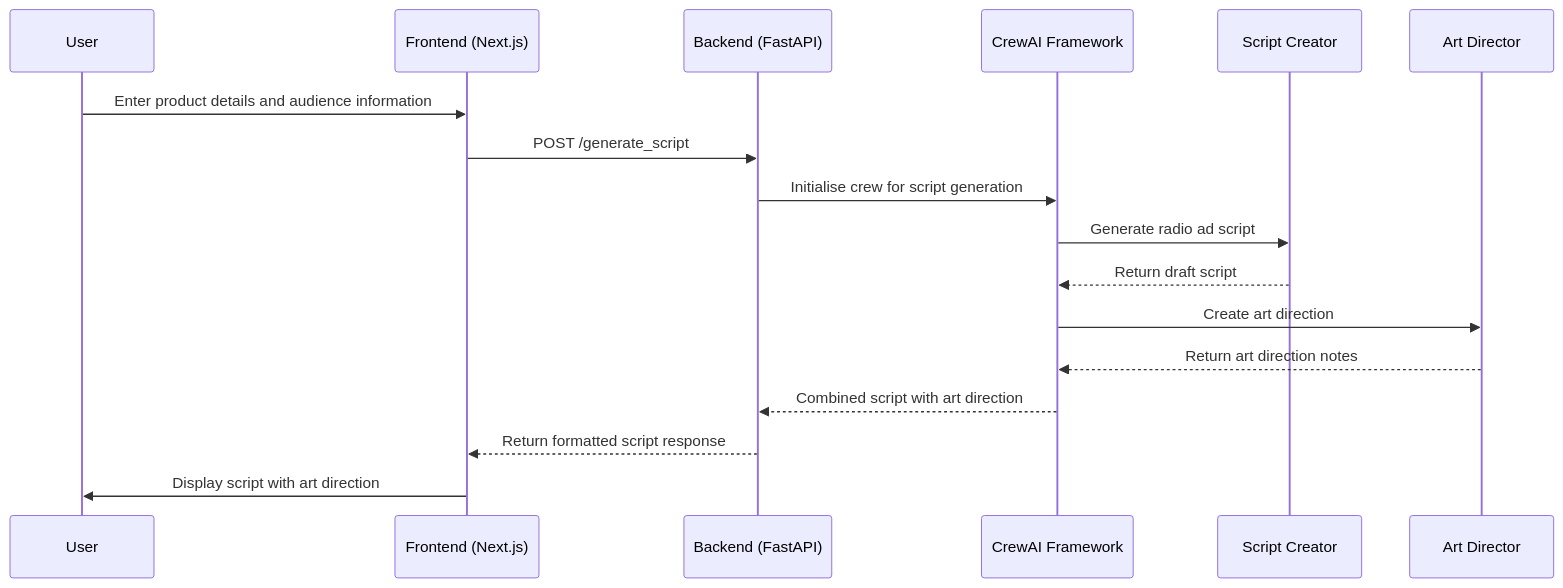
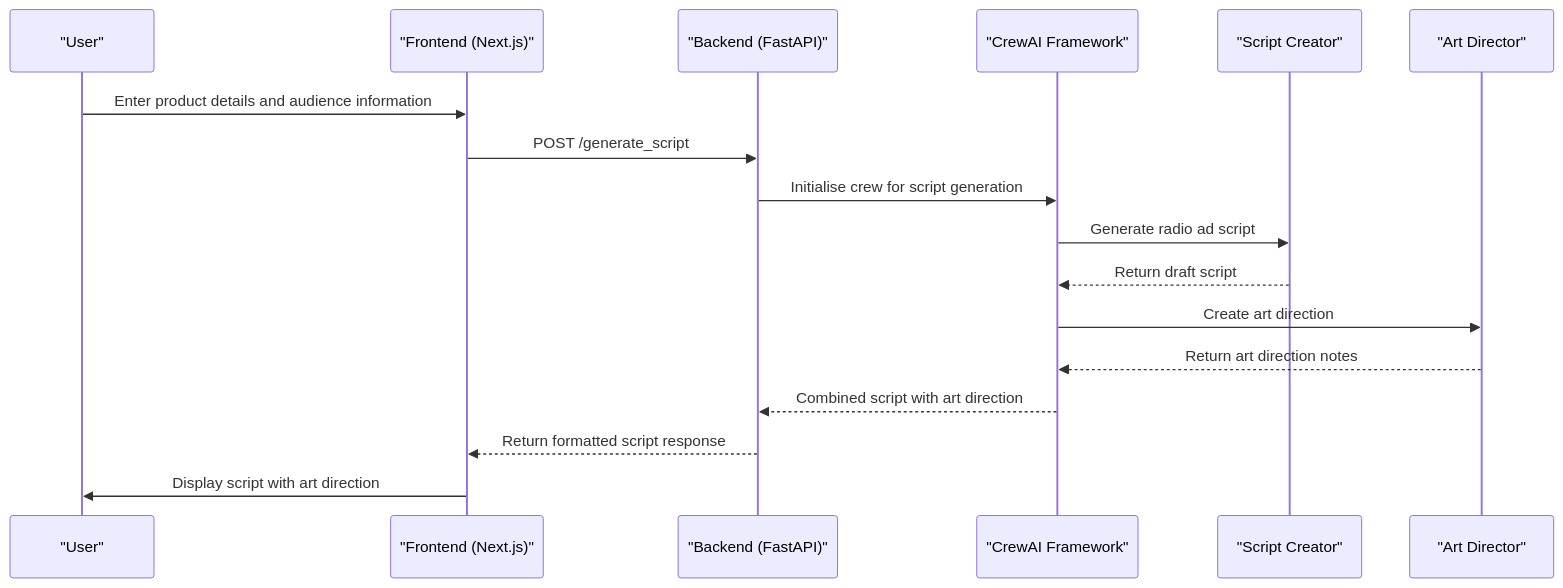
The second of 7 diagrams in project-presentation.md (abhivir-42/marketing-app-ad-gen), drawn with Mermaid before and after one commit. The commit also changed other lines of this file, not shown here.

Commit message:
Fix: Text truncation in diagrams

````diff
--- a/project-presentation.md
+++ b/project-presentation.md
@@ -139,20 +139,20 @@
 ```mermaid
 sequenceDiagram
-    participant User as User
-    participant FE as Frontend (Next.js)
-    participant BE as Backend (FastAPI)
-    participant CrewAI as CrewAI Framework
-    participant ScriptAgent as Script Creator
-    participant ArtAgent as Art Director
+    participant User as "User"
+    participant FE as "Frontend (Next.js)"
+    participant BE as "Backend (FastAPI)"
+    participant CrewAI as "CrewAI Framework"
+    participant ScriptAgent as "Script Creator"
+    participant ArtAgent as "Art Director"
 
     User->>FE: Enter product details and audience information
     FE->>BE: POST /generate_script
     BE->>CrewAI: Initialise crew for script generation
     CrewAI->>ScriptAgent: Generate radio ad script
     ScriptAgent-->>CrewAI: Return draft script
     CrewAI->>ArtAgent: Create art direction
     ArtAgent-->>CrewAI: Return art direction notes
     CrewAI-->>BE: Combined script with art direction
     BE-->>FE: Return formatted script response
     FE->>User: Display script with art direction
 ```
````
